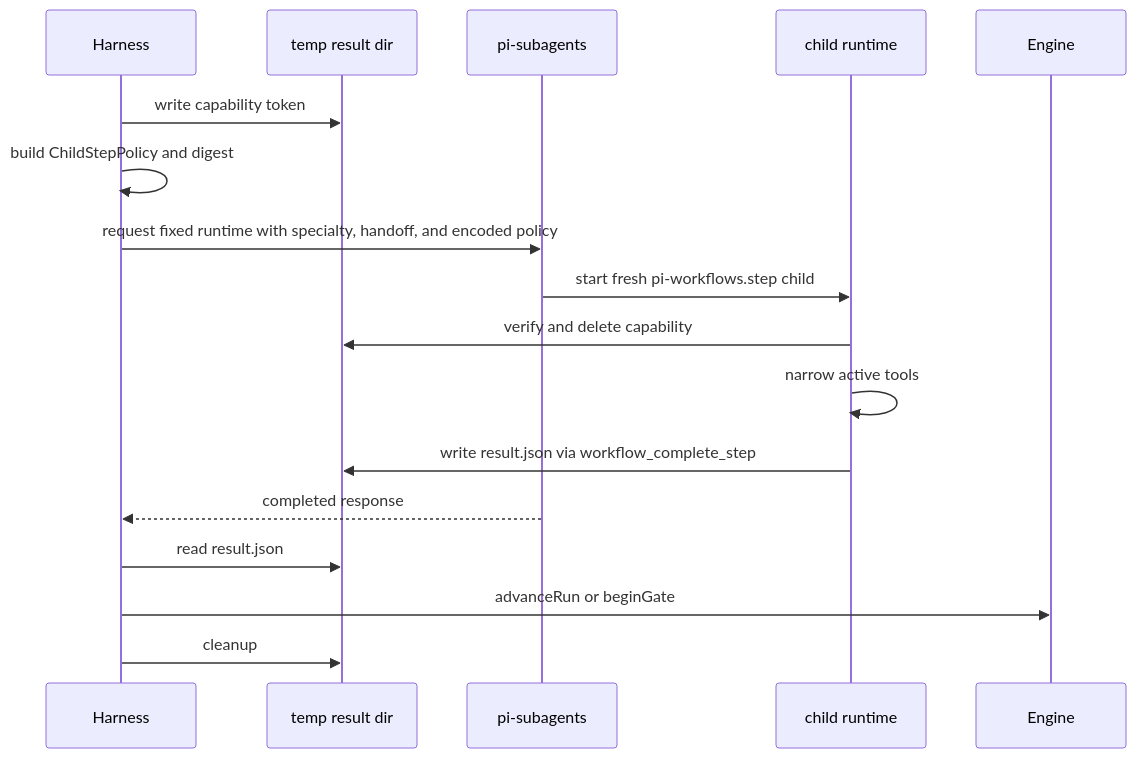
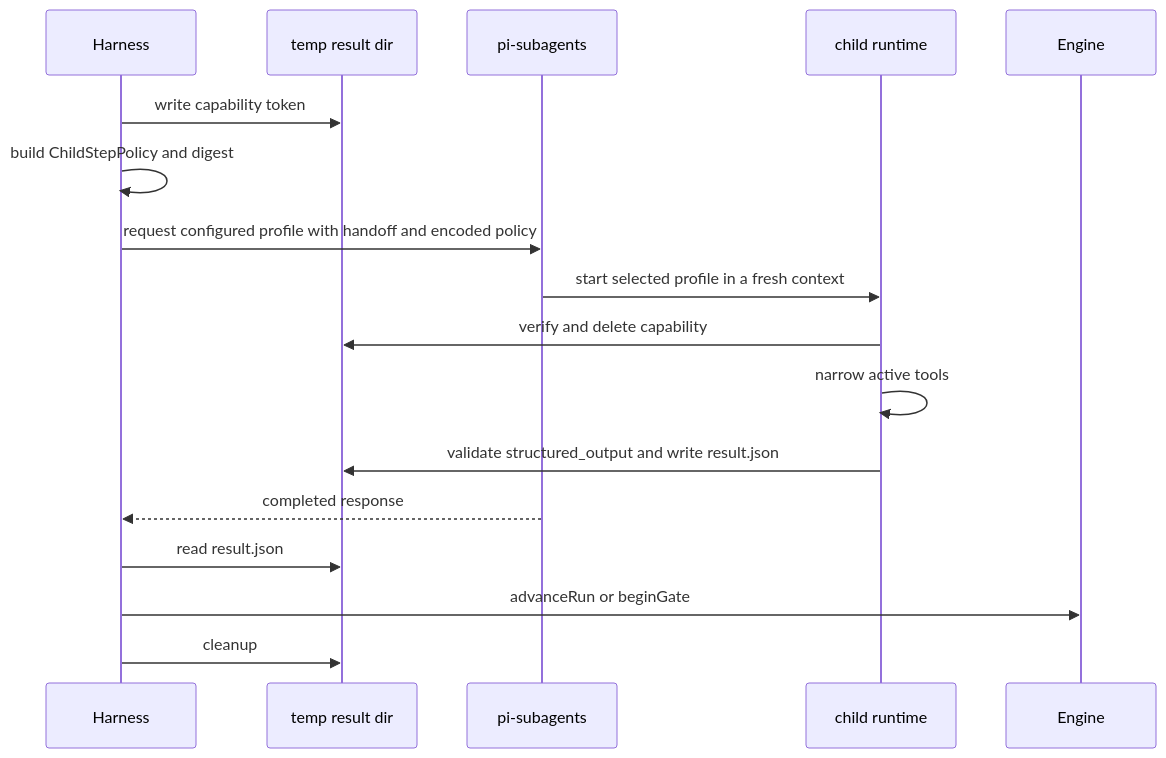
The fourth of 8 diagrams in openwiki/architecture/runtime-lifecycle.md (wichayutdew/pi-workflows), drawn with Mermaid before and after one commit. The commit also changed other lines of this file and 42 other files, not shown here.

````diff
--- a/openwiki/architecture/runtime-lifecycle.md
+++ b/openwiki/architecture/runtime-lifecycle.md
@@ -75,20 +75,20 @@
 ```mermaid
 sequenceDiagram
   participant Harness
   participant Tmp as temp result dir
   participant Sub as pi-subagents
   participant Child as child runtime
   participant Engine
 
   Harness->>Tmp: write capability token
   Harness->>Harness: build ChildStepPolicy and digest
-  Harness->>Sub: request fixed runtime with specialty, handoff, and encoded policy
-  Sub->>Child: start fresh pi-workflows.step child
+  Harness->>Sub: request configured profile with handoff and encoded policy
+  Sub->>Child: start selected profile in a fresh context
   Child->>Tmp: verify and delete capability
   Child->>Child: narrow active tools
-  Child->>Tmp: write result.json via workflow_complete_step
+  Child->>Tmp: validate structured_output and write result.json
   Sub-->>Harness: completed response
   Harness->>Tmp: read result.json
   Harness->>Engine: advanceRun or beginGate
   Harness->>Tmp: cleanup
 ```
````
